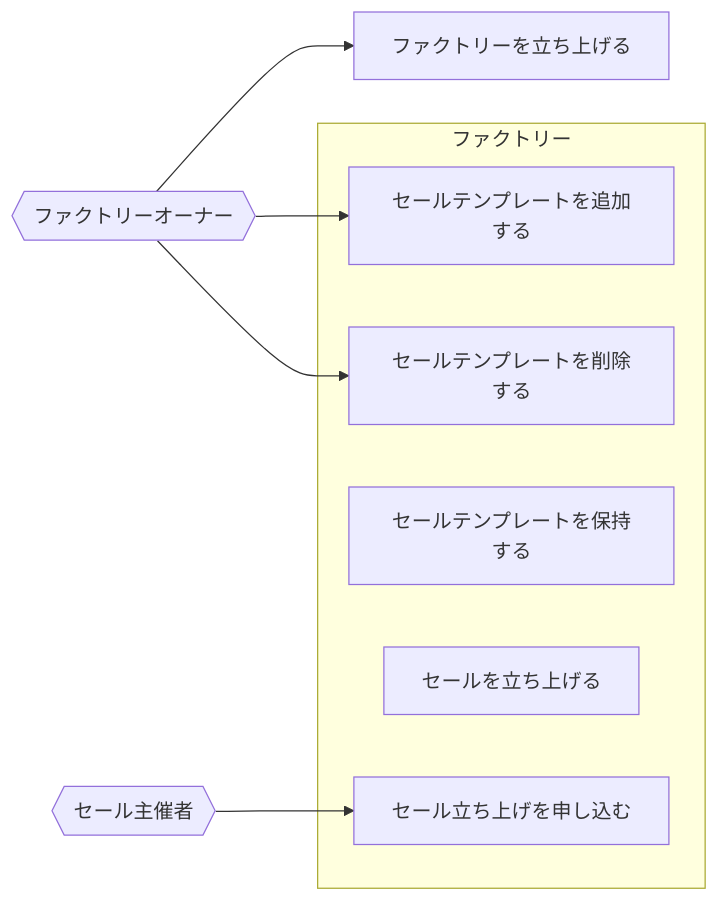
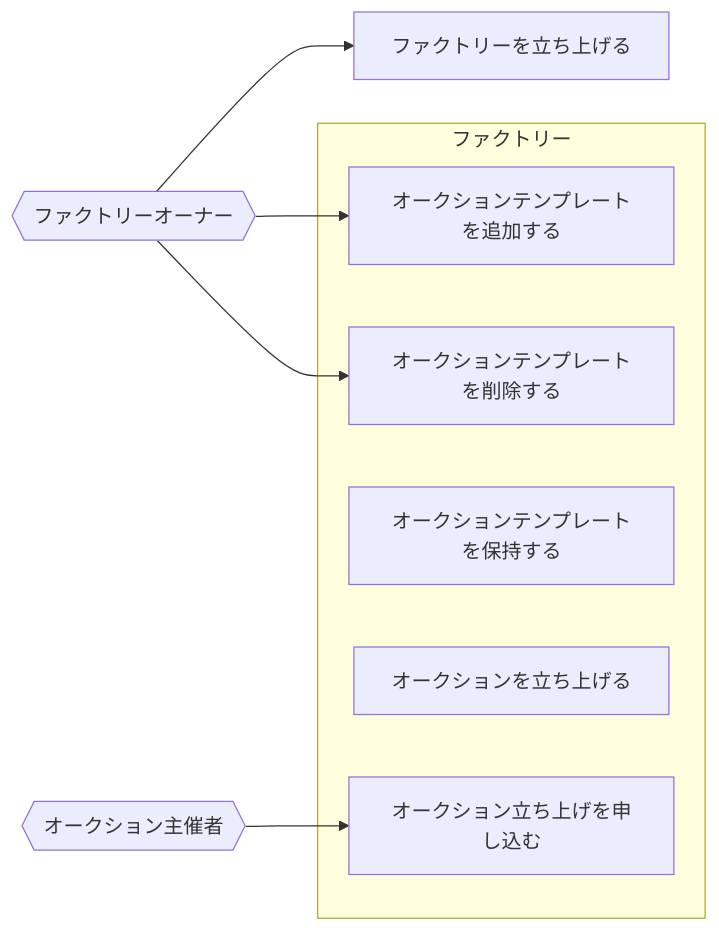
The diagram in doc/Factory/usecase.md (DeFiGeek-Community/yamawake), drawn with Mermaid before and after one commit. The commit also changed other lines of this file and 9 other files, not shown here.

````diff
--- a/doc/Factory/usecase.md
+++ b/doc/Factory/usecase.md
@@ -15,23 +15,23 @@
 ```mermaid
 graph LR
     fow{{ファクトリーオーナー}}
-    sow{{セール主催者}}
+    sow{{オークション主催者}}
 
     fow-->FOW1[ファクトリーを立ち上げる]
-    fow-->FOW2[セールテンプレートを追加する]
-    fow-->FOW3[セールテンプレートを削除する]
+    fow-->FOW2[オークションテンプレートを追加する]
+    fow-->FOW3[オークションテンプレートを削除する]
 
-    F1[セールテンプレートを保持する]
-    F2[セールを立ち上げる]
+    F1[オークションテンプレートを保持する]
+    F2[オークションを立ち上げる]
 
-    sow-->SOW1[セール立ち上げを申し込む]
+    sow-->SOW1[オークション立ち上げを申し込む]
 
     subgraph ファクトリー
         F1
         F2
         FOW2
         FOW3
         SOW1
     end
 
 ```
````
